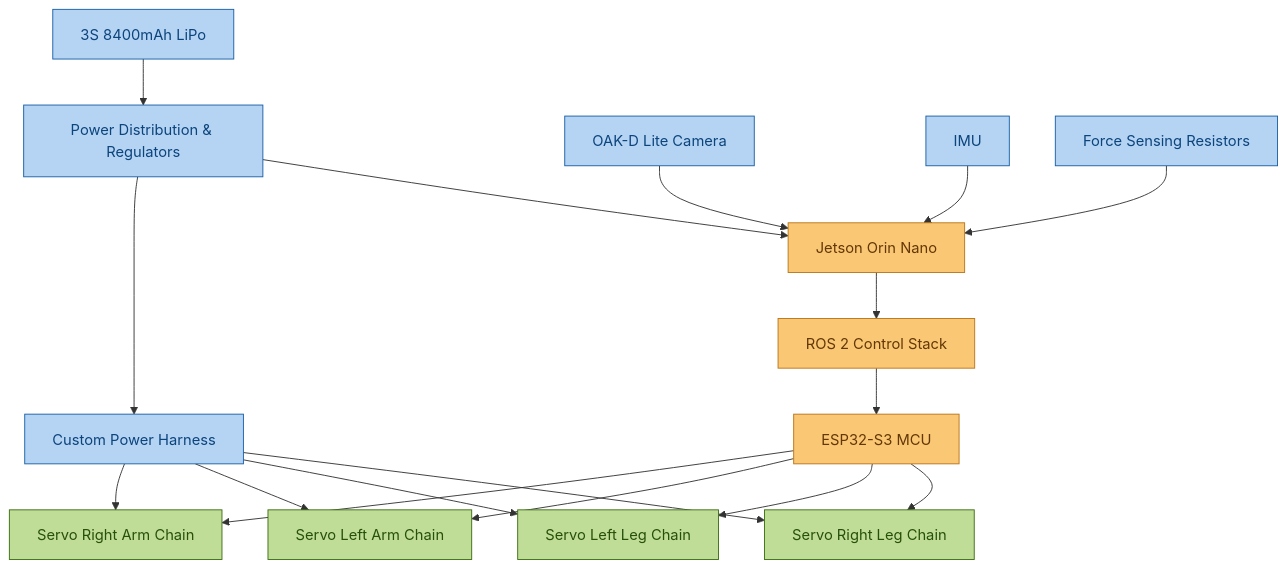
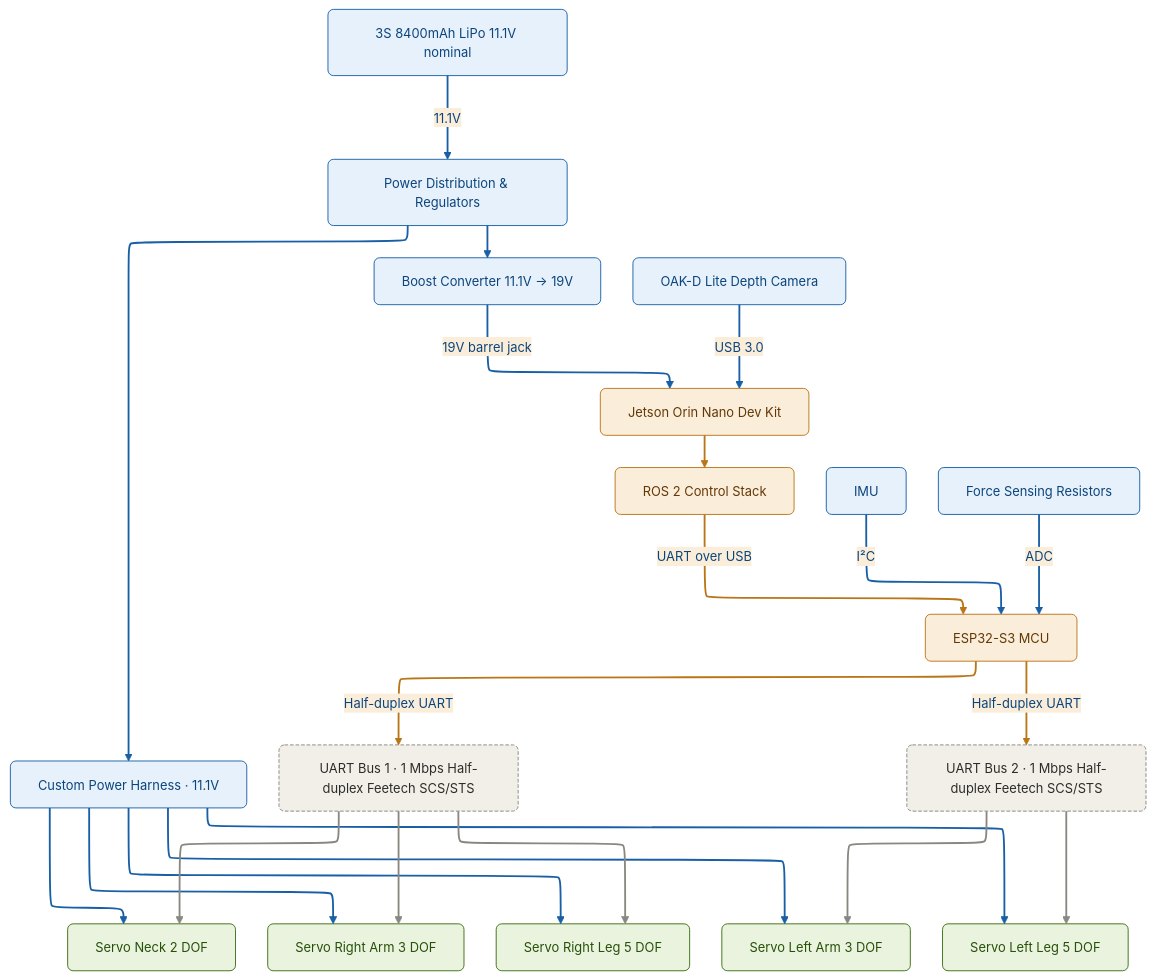
One commit to Bryanh002/AI-Robot changed the diagram in README.md. Above: the diagram before and after it, drawn with Mermaid.

Commit message:
Update system architecture diagram in README

````diff
--- a/README.md
+++ b/README.md
@@ -68,27 +68,72 @@
 ```mermaid
-graph TD
-  BAT["3S 8400mAh LiPo"] --> PDR["Power Distribution & Regulators"]
-  PDR --> PWR["Custom Power Harness"]
-  PDR --> JET["Jetson Orin Nano"]
-  JET --> ROS["ROS 2 Control Stack"]
-  ROS --> MCU["ESP32-S3 MCU"]
-  CAM["OAK-D Lite Camera"] --> JET
-  IMU["IMU"] --> JET
-  FSR["Force Sensing Resistors"] --> JET
-  MCU --> RA["Servo Right Arm Chain"]
-  MCU --> LA["Servo Left Arm Chain"]
-  MCU --> LL["Servo Left Leg Chain"]
-  MCU --> RL["Servo Right Leg Chain"]
-  PWR --> RA
-  PWR --> LA
-  PWR --> LL
-  PWR --> RL
+---
+config:
+  theme: base
+  themeVariables:
+    primaryColor: '#E6F1FB'
+    primaryTextColor: '#0C447C'
+    primaryBorderColor: '#185FA5'
+    lineColor: '#888780'
+    secondaryColor: '#FAEEDA'
+    tertiaryColor: '#EAF3DE'
+    background: '#ffffff'
+    fontSize: 14px
+  layout: elk
+---
+flowchart TB
+    BAT["3S 8400mAh LiPo 11.1V nominal"] -- "11.1V" --> PDR["Power Distribution & Regulators"]
+    PDR --> BOOST["Boost Converter 11.1V → 19V"] & PWR["Custom Power Harness · 11.1V"]
+    BOOST -- 19V barrel jack --> JET["Jetson Orin Nano Dev Kit"]
+    JET --> ROS["ROS 2 Control Stack"]
+    ROS -- UART over USB --> ESP["ESP32-S3 MCU"]
+    CAM["OAK-D Lite Depth Camera"] -- "USB 3.0" --> JET
+    IMU["IMU"] -- I²C --> ESP
+    FSR["Force Sensing Resistors"] -- ADC --> ESP
+    PWR --> N["Servo Neck 2 DOF"] & RA["Servo Right Arm 3 DOF"] & RL["Servo Right Leg 5 DOF"] & LA["Servo Left Arm 3 DOF"] & LL["Servo Left Leg 5 DOF"]
+    ESP -- "Half-duplex UART" --> BUS1["UART Bus 1 · 1 Mbps Half-duplex Feetech SCS/STS"] & BUS2["UART Bus 2 · 1 Mbps Half-duplex Feetech SCS/STS"]
+    BUS1 --> N & RA & RL
+    BUS2 --> LA & LL
 
-  classDef electrical fill:#B5D4F4,stroke:#185FA5,color:#0C447C
-  classDef software fill:#FAC775,stroke:#BA7517,color:#633806
-  classDef mechanical fill:#C0DD97,stroke:#3B6D11,color:#27500A
-
-  class BAT,PDR,PWR,CAM,IMU,FSR electrical
-  class JET,ROS,MCU software
-  class RA,LA,LL,RL mechanical
+     BAT:::electrical
+     PDR:::electrical
+     BOOST:::electrical
+     PWR:::electrical
+     JET:::software
+     ROS:::software
+     ESP:::software
+     CAM:::electrical
+     IMU:::electrical
+     FSR:::electrical
+     N:::mechanical
+     RA:::mechanical
+     RL:::mechanical
+     LA:::mechanical
+     LL:::mechanical
+     BUS1:::bus
+     BUS2:::bus
+    classDef electrical fill:#E6F1FB,stroke:#185FA5,color:#0C447C,rx:6
+    classDef software   fill:#FAEEDA,stroke:#BA7517,color:#633806,rx:6
+    classDef mechanical fill:#EAF3DE,stroke:#3B6D11,color:#27500A,rx:6
+    classDef bus        fill:#F1EFE8,stroke:#888780,color:#2C2C2A,stroke-dasharray:4 2,rx:6
+    linkStyle 0 stroke:#185FA5,stroke-width:2px,fill:none
+    linkStyle 1 stroke:#185FA5,stroke-width:2px,fill:none
+    linkStyle 2 stroke:#185FA5,stroke-width:2px,fill:none
+    linkStyle 3 stroke:#185FA5,stroke-width:2px,fill:none
+    linkStyle 4 stroke:#BA7517,stroke-width:2px,fill:none
+    linkStyle 5 stroke:#BA7517,stroke-width:2px,fill:none
+    linkStyle 6 stroke:#185FA5,stroke-width:2px,fill:none
+    linkStyle 7 stroke:#185FA5,stroke-width:2px,fill:none
+    linkStyle 8 stroke:#185FA5,stroke-width:2px,fill:none
+    linkStyle 9 stroke:#185FA5,stroke-width:2px,fill:none
+    linkStyle 10 stroke:#185FA5,stroke-width:2px,fill:none
+    linkStyle 11 stroke:#185FA5,stroke-width:2px,fill:none
+    linkStyle 12 stroke:#185FA5,stroke-width:2px,fill:none
+    linkStyle 13 stroke:#185FA5,stroke-width:2px,fill:none
+    linkStyle 14 stroke:#BA7517,stroke-width:2px,fill:none
+    linkStyle 15 stroke:#BA7517,stroke-width:2px,fill:none
+    linkStyle 16 stroke:#888780,stroke-width:2px,fill:none
+    linkStyle 17 stroke:#888780,stroke-width:2px,fill:none
+    linkStyle 18 stroke:#888780,stroke-width:2px,fill:none
+    linkStyle 19 stroke:#888780,stroke-width:2px,fill:none
+    linkStyle 20 stroke:#888780,stroke-width:2px,fill:none
 ```
````
